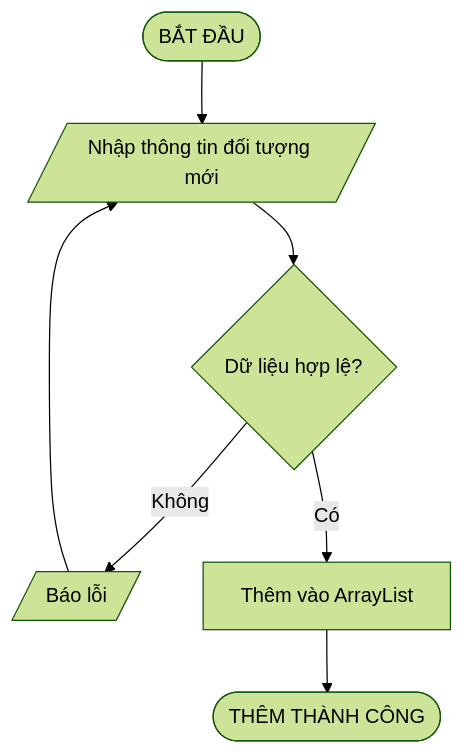
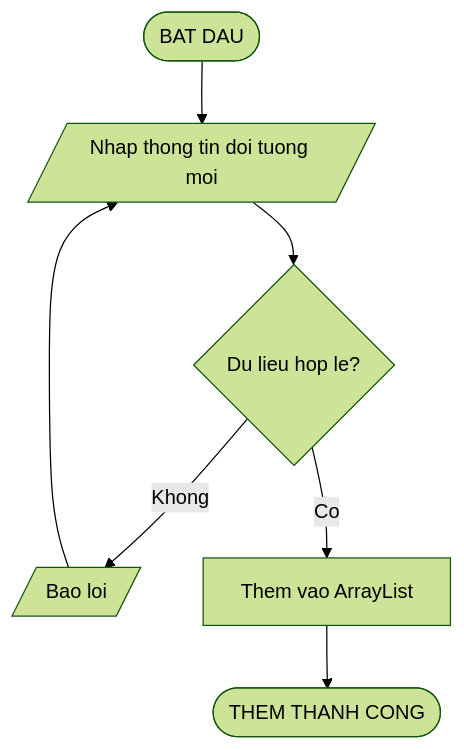
Before and after one commit to phucphuc2006/pro-192: the fourth of 20 diagrams in docs/Flowcharts/Flowcharts.md, drawn with Mermaid (forest theme). The commit also changed other lines of this file, not shown here.

Commit message:
Fix Mermaid syntax for GitHub compatibility

````diff
--- a/docs/Flowcharts/Flowcharts.md
+++ b/docs/Flowcharts/Flowcharts.md
@@ -85,9 +85,9 @@
 ```mermaid
 flowchart TD
-    A([BẮT ĐẦU]) --> B[/Nhập thông tin đối tượng mới/]
-    B --> C{Dữ liệu hợp lệ?}
-    C -->|Không| D[/Báo lỗi/]
+    A([BAT DAU]) --> B[/Nhap thong tin doi tuong moi/]
+    B --> C{Du lieu hop le?}
+    C -->|Khong| D[/Bao loi/]
     D --> B
-    C -->|Có| E[Thêm vào ArrayList]
-    E --> F([THÊM THÀNH CÔNG])
+    C -->|Co| E[Them vao ArrayList]
+    E --> F([THEM THANH CONG])
 ```
````
